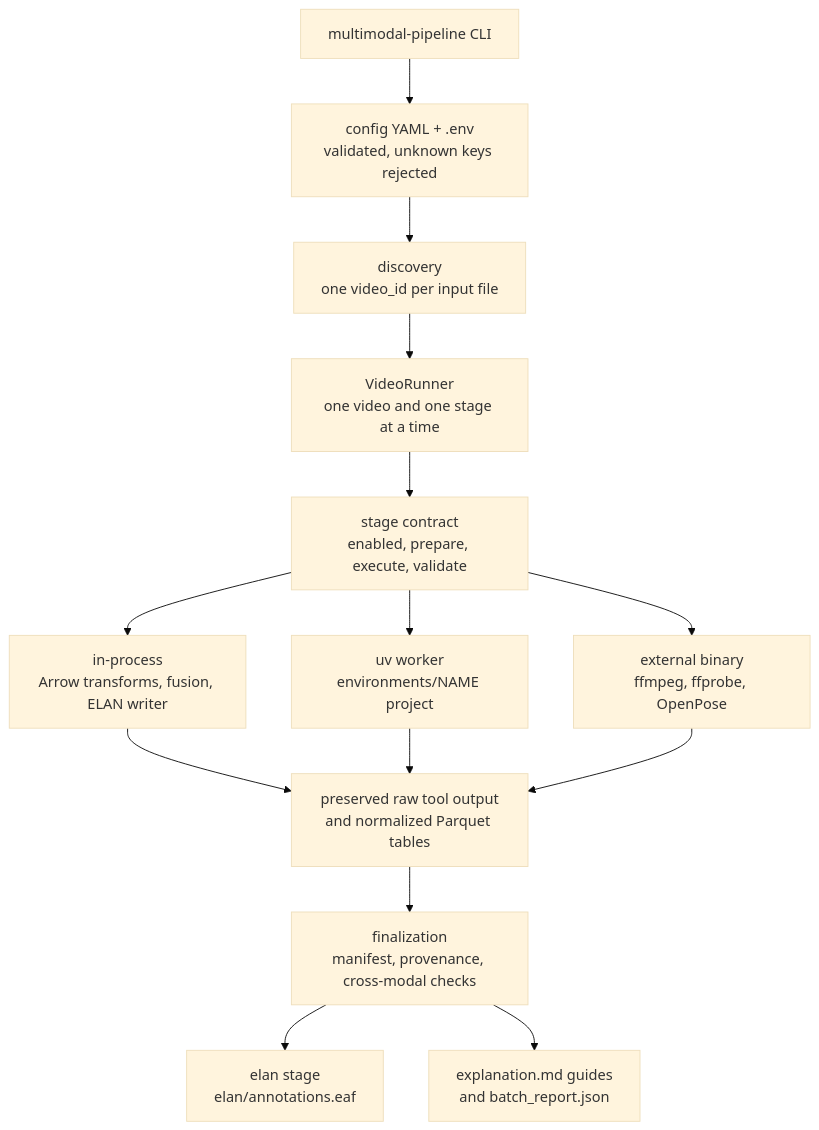
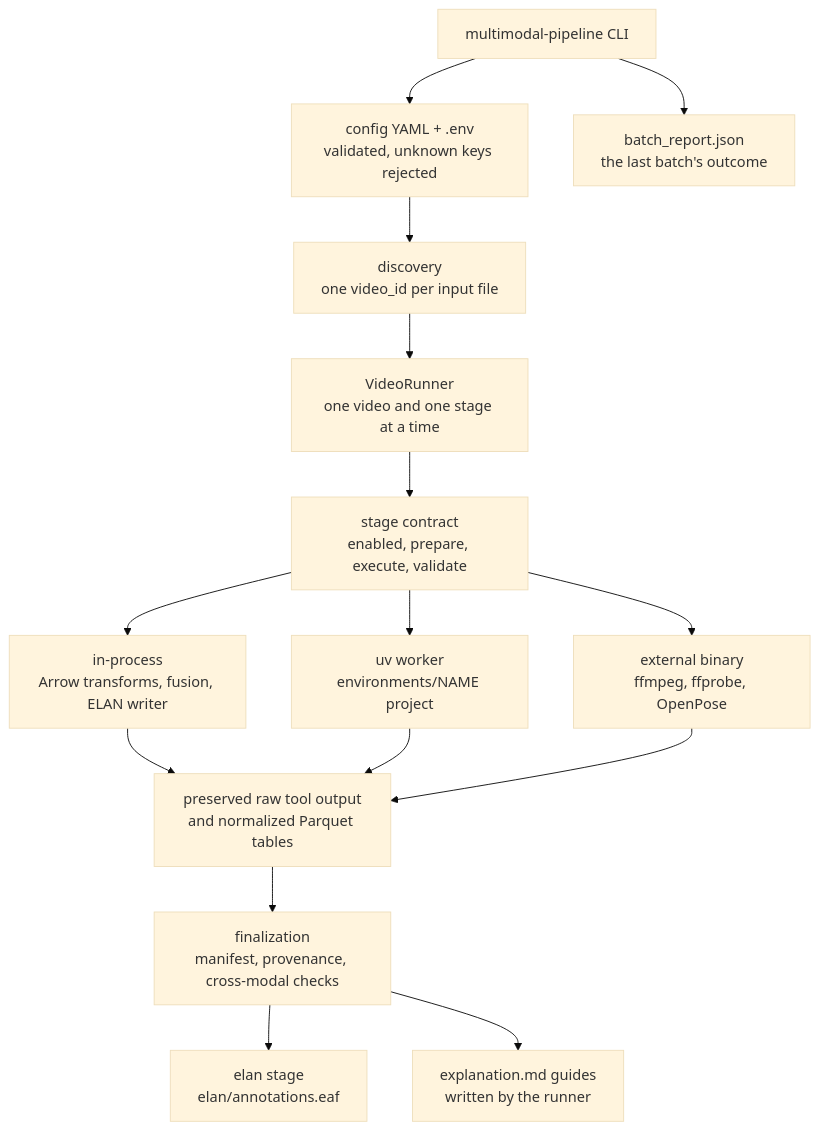
The first of 4 diagrams in docs/architecture.md (RaulKite/storytell-pipeline), drawn with Mermaid (base theme) before and after one commit. The commit also changed other lines of this file, not shown here.

First line of the commit message:
docs(architecture): attach batch_report to the CLI, not to finalization

````diff
--- a/docs/architecture.md
+++ b/docs/architecture.md
@@ -20,16 +20,17 @@
 ```mermaid
 flowchart TB
     cli["multimodal-pipeline CLI"] --> cfg["config YAML + .env<br/>validated, unknown keys rejected"]
     cfg --> disc["discovery<br/>one video_id per input file"]
     disc --> runner["VideoRunner<br/>one video and one stage at a time"]
     runner --> contract["stage contract<br/>enabled, prepare, execute, validate"]
     contract --> inproc["in-process<br/>Arrow transforms, fusion, ELAN writer"]
     contract --> worker["uv worker<br/>environments/NAME project"]
     contract --> binary["external binary<br/>ffmpeg, ffprobe, OpenPose"]
     inproc --> out["preserved raw tool output<br/>and normalized Parquet tables"]
     worker --> out
     binary --> out
     out --> fin["finalization<br/>manifest, provenance, cross-modal checks"]
     fin --> eaf["elan stage<br/>elan/annotations.eaf"]
-    fin --> summary["explanation.md guides<br/>and batch_report.json"]
+    fin --> summary["explanation.md guides<br/>written by the runner"]
+    cli --> report["batch_report.json<br/>the last batch's outcome"]
 ```
````
